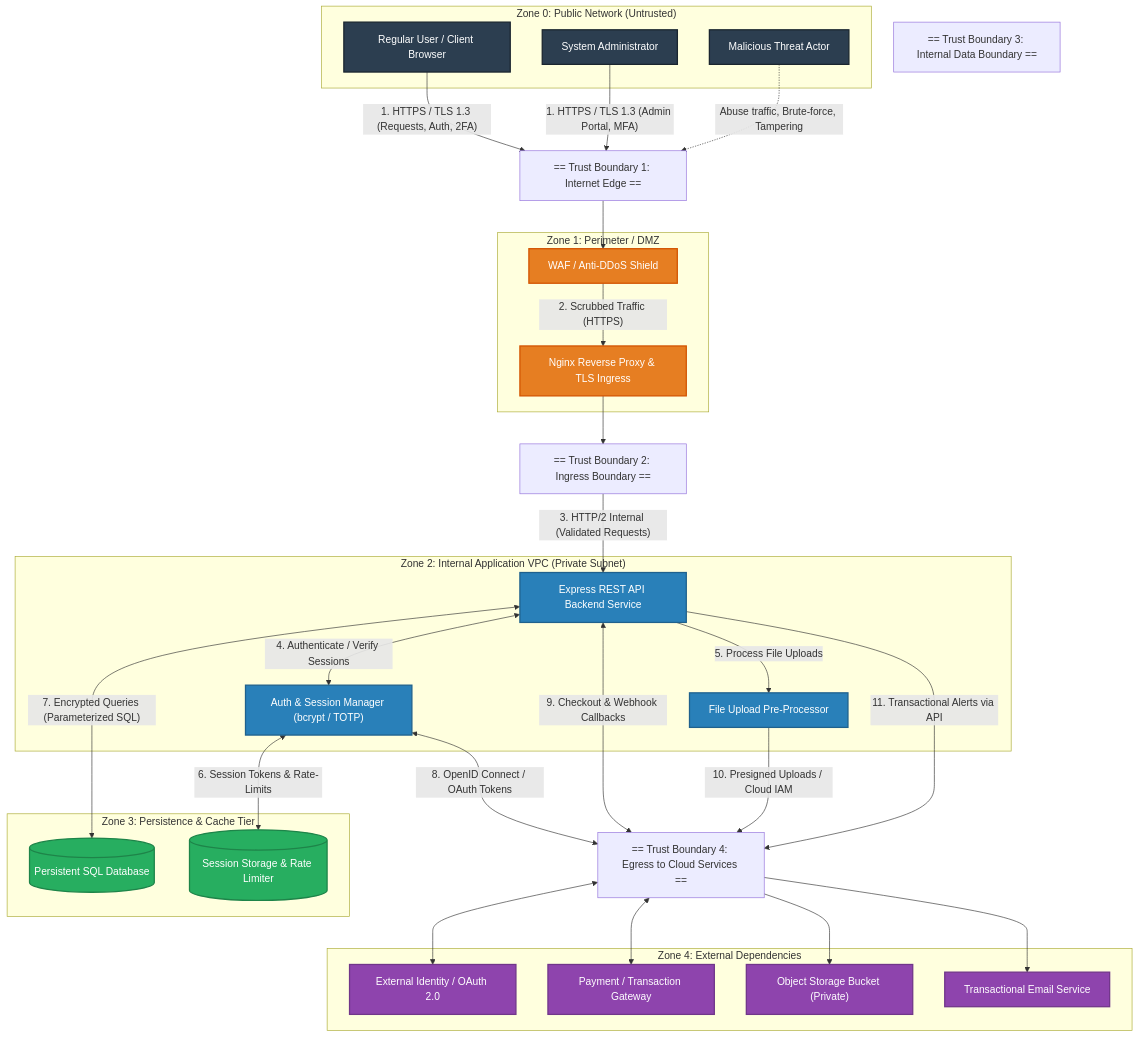
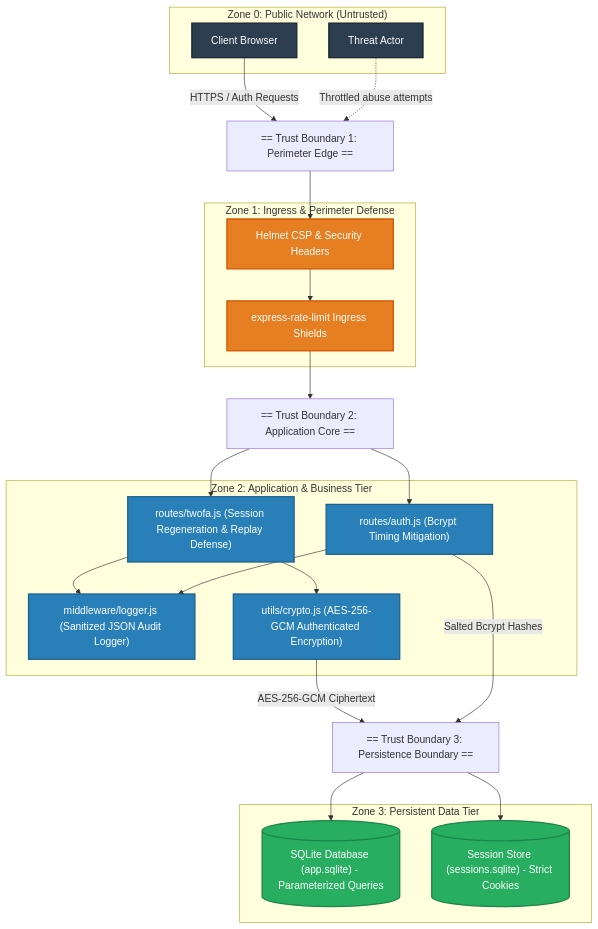
One commit to ammirajukarthikeya-cyber/Defensive-Security-Assessment-Capstone-edvyro- changed the diagram in README.md. Above: the diagram before and after it, drawn with Mermaid. The commit also changed other lines of this file, not shown here.

Commit message:
docs: update repository README with Defensive Security Assessment Capstone deliverables and test metrics

````diff
--- a/README.md
+++ b/README.md
@@ -37,75 +47,50 @@
 ```mermaid
 flowchart TD
-    %% Zones & Styling
     classDef actorStyle fill:#2C3E50,stroke:#1A252F,stroke-width:2px,color:#FFFFFF;
     classDef perimeterStyle fill:#E67E22,stroke:#D35400,stroke-width:2px,color:#FFFFFF;
     classDef appStyle fill:#2980B9,stroke:#1F618D,stroke-width:2px,color:#FFFFFF;
     classDef dataStyle fill:#27AE60,stroke:#1E8449,stroke-width:2px,color:#FFFFFF;
-    classDef extStyle fill:#8E44AD,stroke:#71368A,stroke-width:2px,color:#FFFFFF;
 
     subgraph Zone0["Zone 0: Public Network (Untrusted)"]
-        User["Regular User / Client Browser"]:::actorStyle
-        AdminUser["System Administrator"]:::actorStyle
-        Attacker["Malicious Threat Actor"]:::actorStyle
+        User["Client Browser"]:::actorStyle
+        Attacker["Threat Actor"]:::actorStyle
     end
 
-    %% Trust Boundary 1
-    TB1["== Trust Boundary 1: Internet Edge =="]
+    TB1["== Trust Boundary 1: Perimeter Edge =="]
 
-    subgraph Zone1["Zone 1: Perimeter / DMZ"]
-        WAF["WAF / Anti-DDoS Shield"]:::perimeterStyle
-        ReverseProxy["Nginx Reverse Proxy & TLS Ingress"]:::perimeterStyle
+    subgraph Zone1["Zone 1: Ingress & Perimeter Defense"]
+        Helmet["Helmet CSP & Security Headers"]:::perimeterStyle
+        RateLimiter["express-rate-limit Ingress Shields"]:::perimeterStyle
     end
 
-    %% Trust Boundary 2
-    TB2["== Trust Boundary 2: Ingress Boundary =="]
+    TB2["== Trust Boundary 2: Application Core =="]
 
-    subgraph Zone2["Zone 2: Internal Application VPC (Private Subnet)"]
-        APIServer["Express REST API Backend Service"]:::appStyle
-        AuthModule["Auth & Session Manager (bcrypt / TOTP)"]:::appStyle
-        FileHandler["File Upload Pre-Processor"]:::appStyle
+    subgraph Zone2["Zone 2: Application & Business Tier"]
+        AuthRoutes["routes/auth.js (Bcrypt Timing Mitigation)"]:::appStyle
+        TwoFARoutes["routes/twofa.js (Session Regeneration & Replay Defense)"]:::appStyle
+        Logger["middleware/logger.js (Sanitized JSON Audit Logger)"]:::appStyle
+        Crypto["utils/crypto.js (AES-256-GCM Authenticated Encryption)"]:::appStyle
     end
 
-    %% Trust Boundary 3
-    TB3["== Trust Boundary 3: Internal Data Boundary =="]
+    TB3["== Trust Boundary 3: Persistence Boundary =="]
 
-    subgraph Zone3["Zone 3: Persistence & Cache Tier"]
-        DB[(Persistent SQL Database)]:::dataStyle
-        Cache[(Session Storage & Rate Limiter)]:::dataStyle
+    subgraph Zone3["Zone 3: Persistent Data Tier"]
+        DB[("SQLite Database (app.sqlite) - Parameterized Queries")]:::dataStyle
+        Sessions[("Session Store (sessions.sqlite) - Strict Cookies")]:::dataStyle
     end
 
-    %% Trust Boundary 4 & 5
-    TB4["== Trust Boundary 4: Egress to Cloud Services =="]
-
-    subgraph Zone4["Zone 4: External Dependencies"]
-        OAuthIdP["External Identity / OAuth 2.0"]:::extStyle
-        PaymentGateway["Payment / Transaction Gateway"]:::extStyle
-        S3Bucket["Object Storage Bucket (Private)"]:::extStyle
-        SMTPService["Transactional Email Service"]:::extStyle
-    end
-
-    %% Data Flows
-    User -->|"1. HTTPS / TLS 1.3 (Requests, Auth, 2FA)"| TB1
-    AdminUser -->|"1. HTTPS / TLS 1.3 (Admin Portal, MFA)"| TB1
-    Attacker -.->|"Abuse traffic, Brute-force, Tampering"| TB1
-
-    TB1 --> WAF
-    WAF -->|"2. Scrubbed Traffic (HTTPS)"| ReverseProxy
-    ReverseProxy --> TB2
-    TB2 -->|"3. HTTP/2 Internal (Validated Requests)"| APIServer
-
-    APIServer <-->|"4. Authenticate / Verify Sessions"| AuthModule
-    APIServer -->|"5. Process File Uploads"| FileHandler
-    AuthModule <-->|"6. Session Tokens & Rate-Limits"| Cache
-    APIServer <-->|"7. Encrypted Queries (Parameterized SQL)"| DB
-
-    %% External Connections
-    AuthModule <-->|"8. OpenID Connect / OAuth Tokens"| TB4
-    TB4 <--> OAuthIdP
-    APIServer <-->|"9. Checkout & Webhook Callbacks"| TB4
-    TB4 <--> PaymentGateway
-    FileHandler -->|"10. Presigned Uploads / Cloud IAM"| TB4
-    TB4 --> S3Bucket
-    APIServer -->|"11. Transactional Alerts via API"| TB4
-    TB4 --> SMTPService
+    User -->|"HTTPS / Auth Requests"| TB1
+    Attacker -.->|"Throttled abuse attempts"| TB1
+    TB1 --> Helmet
+    Helmet --> RateLimiter
+    RateLimiter --> TB2
+    TB2 --> AuthRoutes
+    TB2 --> TwoFARoutes
+    TwoFARoutes --> Crypto
+    TwoFARoutes --> Logger
+    AuthRoutes --> Logger
+    Crypto -->|"AES-256-GCM Ciphertext"| TB3
+    AuthRoutes -->|"Salted Bcrypt Hashes"| TB3
+    TB3 --> DB
+    TB3 --> Sessions
 ```
````
